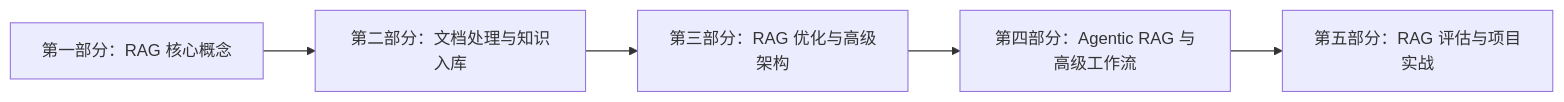
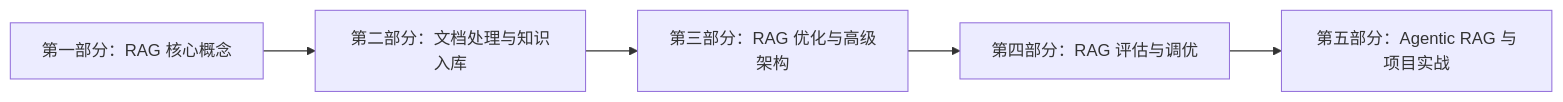
The diagram in notes/RAG开发实战/README.md (asfgas2fsd34t/agent-learning), drawn with Mermaid before and after one commit. The commit also changed other lines of this file and 1 other file, not shown here.

Commit message:
add RAG evaluation and tuning notes

````diff
--- a/notes/RAG开发实战/README.md
+++ b/notes/RAG开发实战/README.md
@@ -7,7 +7,7 @@
 ```mermaid
 flowchart LR
     A["第一部分：RAG 核心概念"] --> B["第二部分：文档处理与知识入库"]
     B --> C["第三部分：RAG 优化与高级架构"]
-    C --> D["第四部分：Agentic RAG 与高级工作流"]
-    D --> E["第五部分：RAG 评估与项目实战"]
+    C --> D["第四部分：RAG 评估与调优"]
+    D --> E["第五部分：Agentic RAG 与项目实战"]
 ```
````
